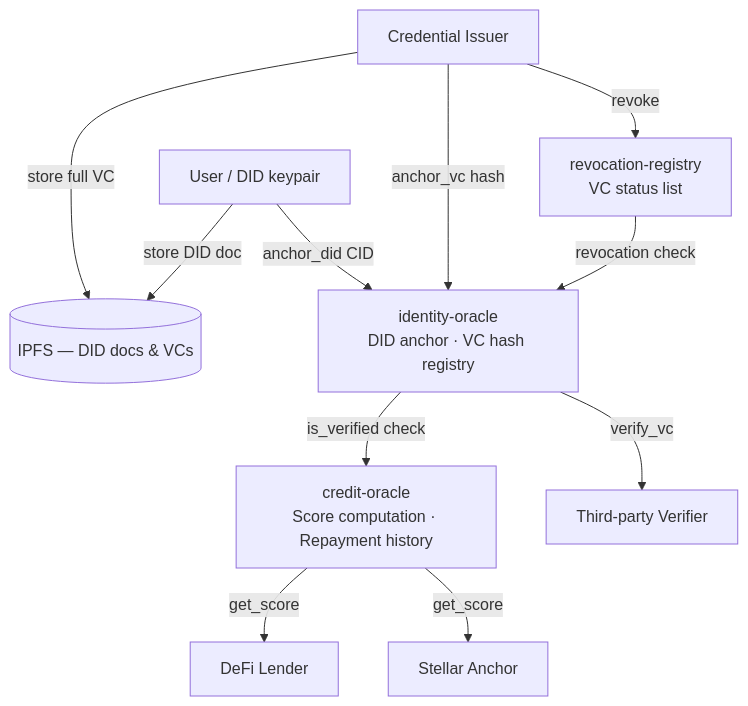
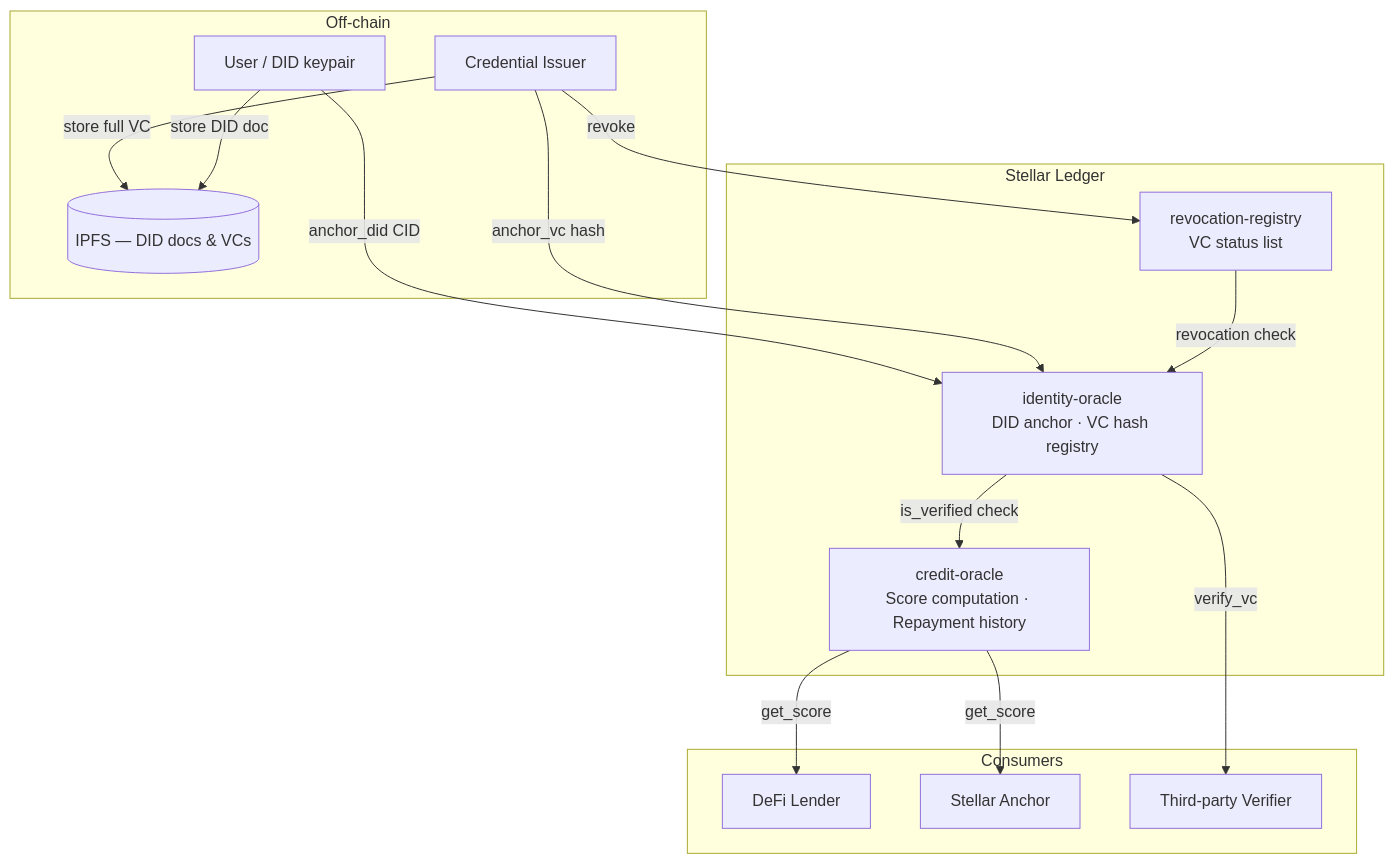
One commit to cybermax4200/stellar-did-credit changed the diagram in README.md. Above: the diagram before and after it, drawn with Mermaid. The commit also changed other lines of this file and 3 other files, not shown here.

````diff
--- a/README.md
+++ b/README.md
@@ -56,25 +56,31 @@
 ```mermaid
 graph TB
-    OFF_USER[User / DID keypair]
-    OFF_ISSUER[Credential Issuer]
-    OFF_IPFS[(IPFS — DID docs & VCs)]
+    subgraph Off-chain
+        USER[User / DID keypair]
+        ISSUER[Credential Issuer]
+        IPFS[(IPFS — DID docs & VCs)]
+    end
 
-    SC_IO[identity-oracle\nDID anchor · VC hash registry]
-    SC_CO[credit-oracle\nScore computation · Repayment history]
-    SC_RR[revocation-registry\nVC status list]
+    subgraph Stellar Ledger
+        IO[identity-oracle\nDID anchor · VC hash registry]
+        CO[credit-oracle\nScore computation · Repayment history]
+        RR[revocation-registry\nVC status list]
+    end
 
-    CON_LENDER[DeFi Lender]
-    CON_ANCHOR[Stellar Anchor]
-    CON_VERIFIER[Third-party Verifier]
+    subgraph Consumers
+        LENDER[DeFi Lender]
+        ANCHOR[Stellar Anchor]
+        VERIFIER[Third-party Verifier]
+    end
 
-    OFF_USER    -->|anchor_did CID| SC_IO
-    OFF_ISSUER  -->|anchor_vc hash| SC_IO
-    OFF_ISSUER  -->|store full VC| OFF_IPFS
-    OFF_USER    -->|store DID doc| OFF_IPFS
-    SC_IO       -->|is_verified check| SC_CO
-    SC_RR       -->|revocation check| SC_IO
-    OFF_ISSUER  -->|revoke| SC_RR
-    SC_CO       -->|get_score| CON_LENDER
-    SC_CO       -->|get_score| CON_ANCHOR
-    SC_IO       -->|verify_vc| CON_VERIFIER
+    USER    -->|anchor_did CID| IO
+    ISSUER  -->|anchor_vc hash| IO
+    ISSUER  -->|store full VC| IPFS
+    USER    -->|store DID doc| IPFS
+    IO      -->|is_verified check| CO
+    RR      -->|revocation check| IO
+    ISSUER  -->|revoke| RR
+    CO      -->|get_score| LENDER
+    CO      -->|get_score| ANCHOR
+    IO      -->|verify_vc| VERIFIER
 ```
````
